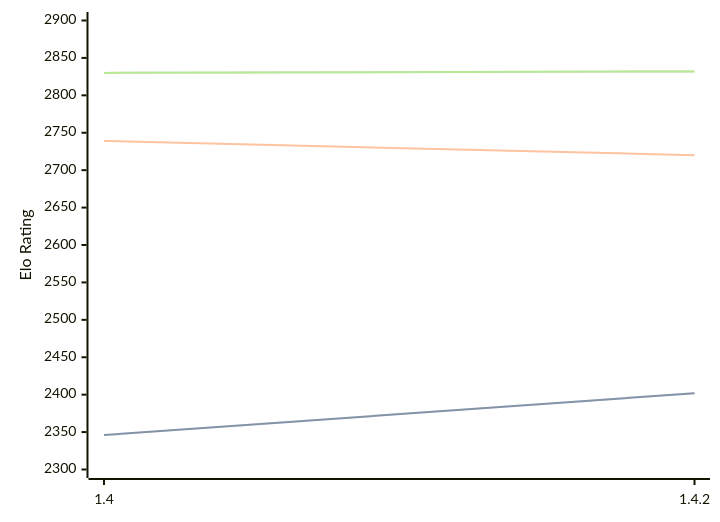
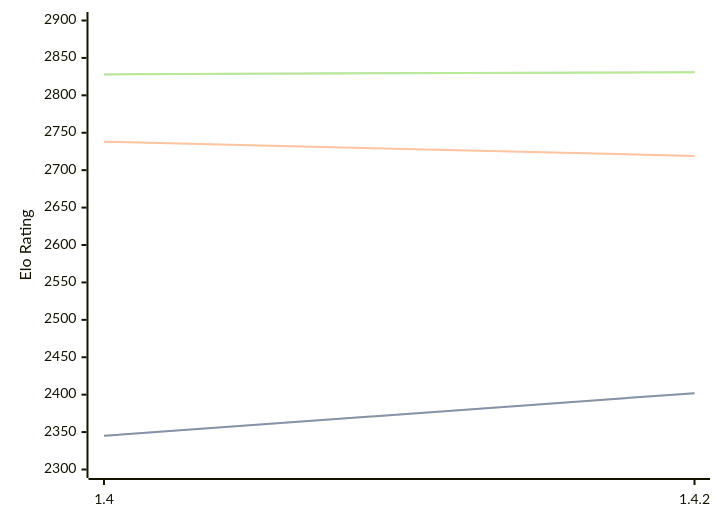
The diagram in engines/Spike.md (computer-chess-index/cci), drawn with Mermaid before and after one commit. The commit also changed other lines of this file, not shown here.

Commit message:
Update CCI Ratings (ELO VLTC) - 2026-10-01

````diff
--- a/engines/Spike.md
+++ b/engines/Spike.md
@@ -32,11 +32,11 @@
 ```mermaid
 %%{init: {"theme":"base","themeVariables":{"seriesColors:['#a3a3a3','#222221','#faa371']}}}%%
 xychart-beta
   x-axis ["1.4", "1.4.2"]
   y-axis "Elo Rating" 2300 --> 2900
-  line "" [2346, 2402]
-  line "STC (8.0+0.08s)" [2346, 2402]
-  line "LTC (60.0+0.60s)" [2739, 2720]
-  line "" [2830, 2832]
-  line "VLTC (2m24s+1.12s)" [2830, 2832]
+  line "" [2345, 2402]
+  line "STC (8.0+0.08s)" [2345, 2402]
+  line "LTC (60.0+0.60s)" [2738, 2719]
+  line "" [2828, 2831]
+  line "VLTC (2m24s+1.12s)" [2828, 2831]
 ```
````
